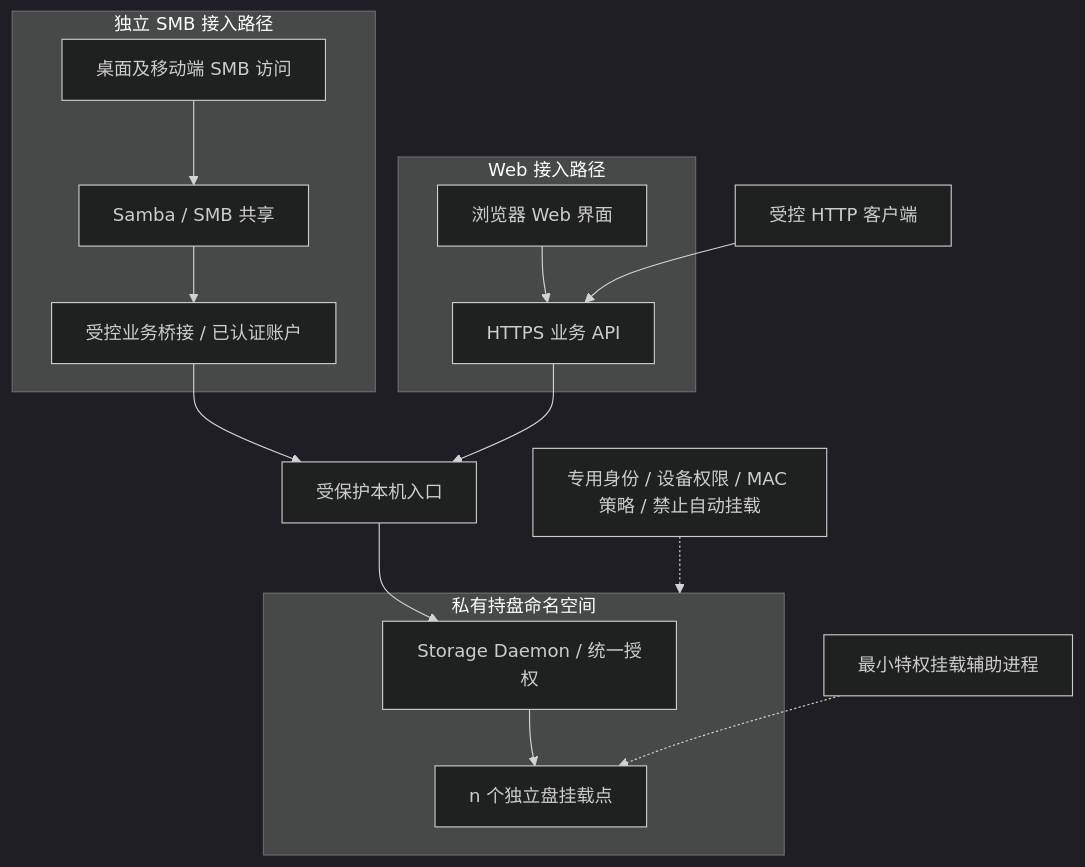
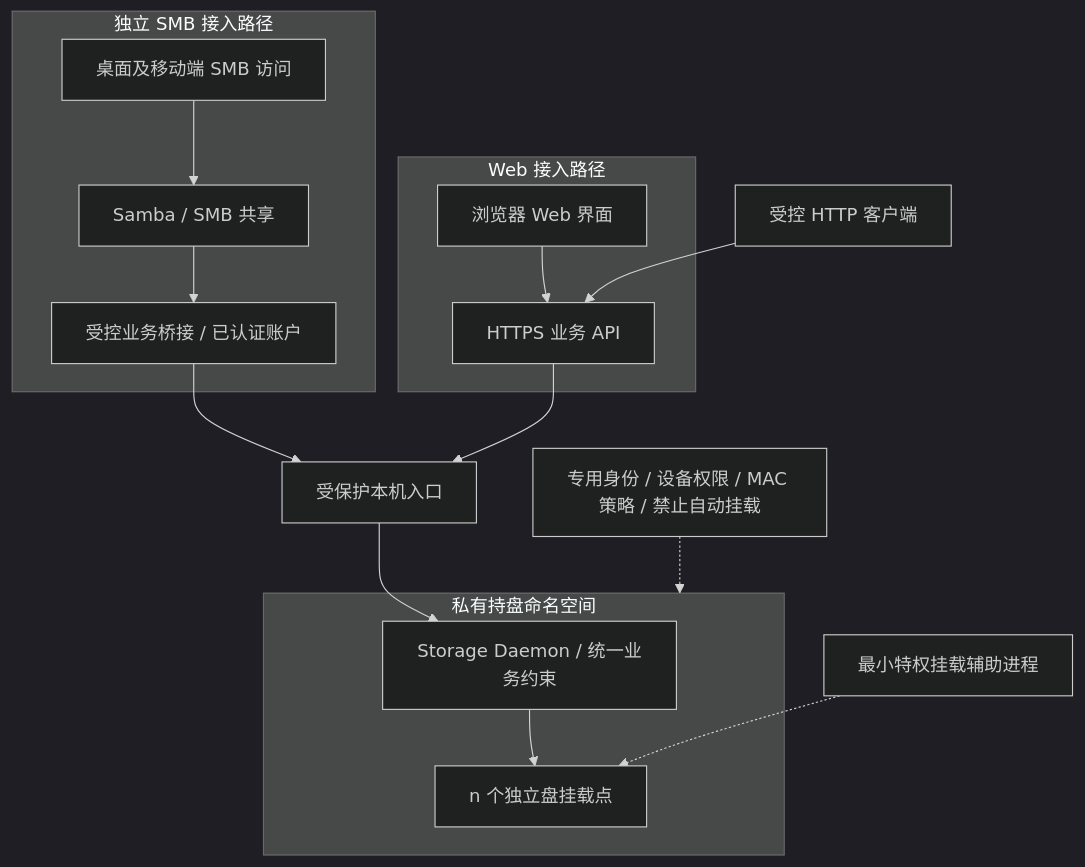
Before and after one commit to isarmg/xcs: the diagram in docs/14-security-and-permissions.md, drawn with Mermaid (dark theme). The commit also changed other lines of this file and 199 other files, not shown here.

````diff
--- a/docs/14-security-and-permissions.md
+++ b/docs/14-security-and-permissions.md
@@ -26,21 +26,21 @@
 ```mermaid
 flowchart TB
     subgraph AACCESS[Web 接入路径]
         BROWSER[浏览器 Web 界面] --> GW[HTTPS 业务 API]
     end
     subgraph SACCESS[独立 SMB 接入路径]
         SMBC[桌面及移动端 SMB 访问] --> SMB[Samba / SMB 共享]
         SMB --> BRIDGE[受控业务桥接 / 已认证账户]
     end
     OTHER[受控 HTTP 客户端] --> GW
     BRIDGE --> SOCK[受保护本机入口]
     GW --> SOCK
     subgraph PRIVATE[私有持盘命名空间]
-        CORE[Storage Daemon / 统一授权]
+        CORE[Storage Daemon / 统一业务约束]
         PHYS[n 个独立盘挂载点]
         CORE --> PHYS
     end
     SOCK --> CORE
     HELPER[最小特权挂载辅助进程] -.-> PHYS
     GUARD[专用身份 / 设备权限 / MAC 策略 / 禁止自动挂载] -.-> PRIVATE
 ```
````
